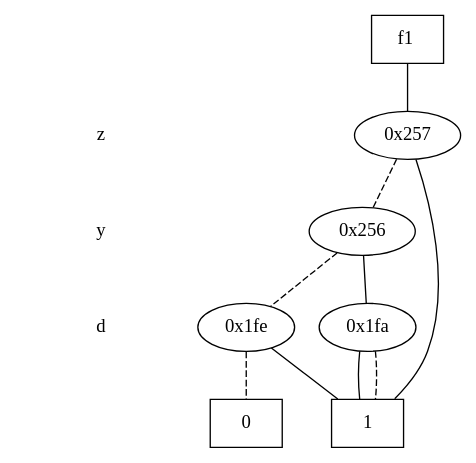
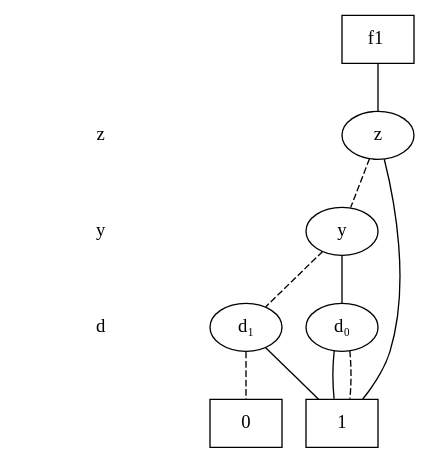
Before and after one commit to NathanNator/ECE6745_Final_Project: the diagram in zdd_plots/f1_zdd.dot, drawn with Graphviz. The commit also changed 12 other files, not shown here.

```diff
--- a/zdd_plots/f1_zdd.dot
+++ b/zdd_plots/f1_zdd.dot
@@ -1,38 +1,38 @@
 digraph "ZDD" {
 size = "7.5,10"
 center = true;
 edge [dir = none];
 { node [shape = plaintext];
   edge [style = invis];
   "CONST NODES" [style = invis];
 " z " -> " y " -> " d " -> "CONST NODES"; 
 }
 { rank = same; node [shape = box]; edge [style = invis];
 "  f1  "; }
 { rank = same; " z ";
-"0x257";
+"z";
 }
 { rank = same; " y ";
-"0x256";
+"y";
 }
 { rank = same; " d ";
-"0x1fa";
-"0x1fe";
+"d₀";
+"d₁";
 }
 { rank = same; "CONST NODES";
 { node [shape = box]; "0x1a6";
 "0x1a5";
 }
 }
-"  f1  " -> "0x257" [style = solid];
-"0x257" -> "0x1a5";
-"0x257" -> "0x256" [style = dashed];
-"0x256" -> "0x1fa";
-"0x256" -> "0x1fe" [style = dashed];
-"0x1fa" -> "0x1a5";
-"0x1fa" -> "0x1a5" [style = dashed];
-"0x1fe" -> "0x1a5";
-"0x1fe" -> "0x1a6" [style = dashed];
+"  f1  " -> "z" [style = solid];
+"z" -> "0x1a5";
+"z" -> "y" [style = dashed];
+"y" -> "d₀";
+"y" -> "d₁" [style = dashed];
+"d₀" -> "0x1a5";
+"d₀" -> "0x1a5" [style = dashed];
+"d₁" -> "0x1a5";
+"d₁" -> "0x1a6" [style = dashed];
 "0x1a6" [label = "0"];
 "0x1a5" [label = "1"];
 }
```
